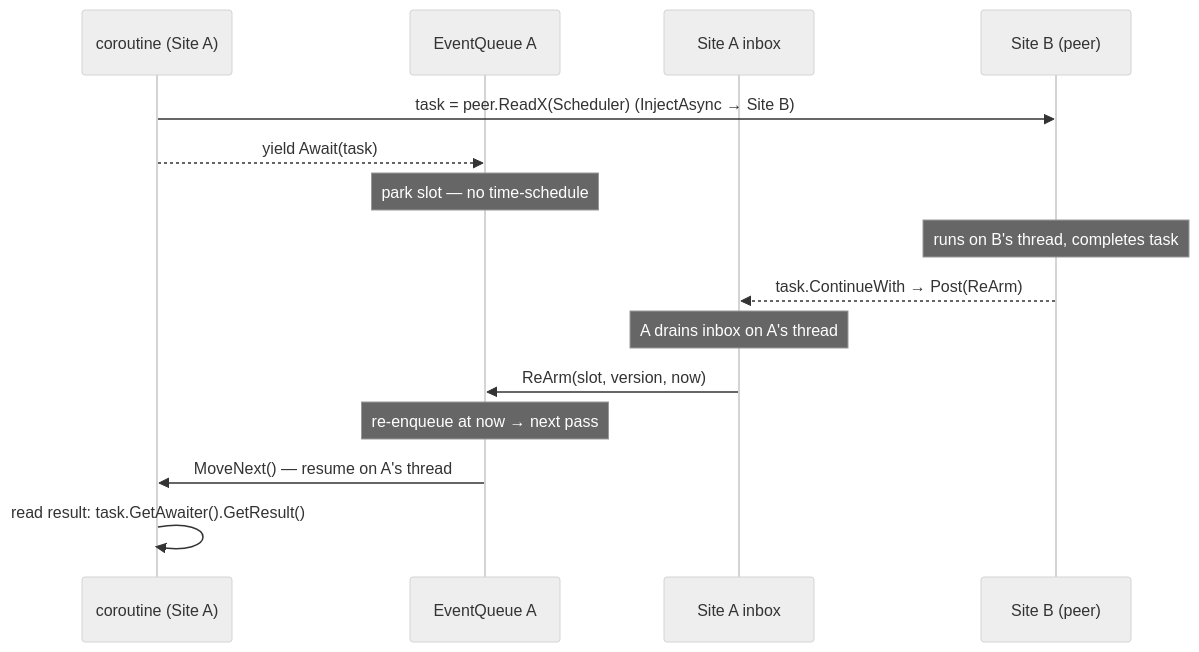
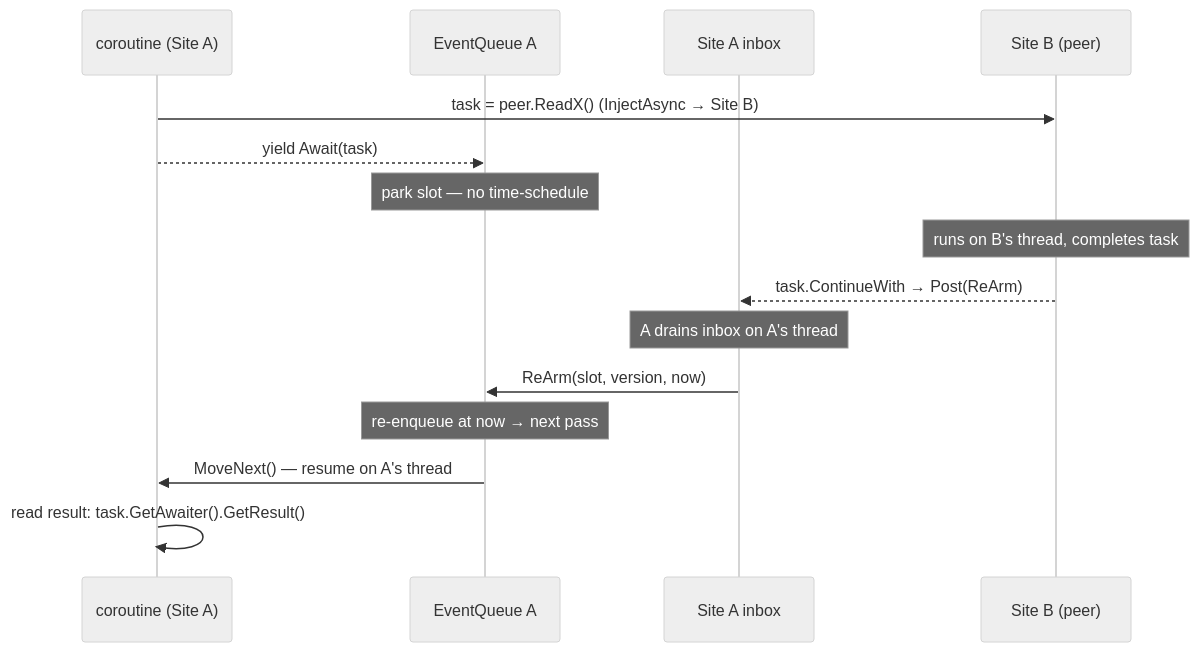
Before and after one commit to SimulaSharp-org/simulasharp-docs: the second of 2 diagrams in public/content/coroutines.md, drawn with Mermaid (neutral theme). The commit also changed other lines of this file and 13 other files, not shown here.

````diff
--- a/public/content/coroutines.md
+++ b/public/content/coroutines.md
@@ -141,17 +141,17 @@
 ```mermaid
 sequenceDiagram
   participant CO as coroutine (Site A)
   participant EQ as EventQueue A
   participant IB as Site A inbox
   participant B as Site B (peer)
-  CO->>B: task = peer.ReadX(Scheduler)  (InjectAsync → Site B)
+  CO->>B: task = peer.ReadX()  (InjectAsync → Site B)
   CO-->>EQ: yield Await(task)
   Note over EQ: park slot — no time-schedule
   Note over B: runs on B's thread, completes task
   B-->>IB: task.ContinueWith → Post(ReArm)
   Note over IB: A drains inbox on A's thread
   IB->>EQ: ReArm(slot, version, now)
   Note over EQ: re-enqueue at now → next pass
   EQ->>CO: MoveNext() — resume on A's thread
   CO->>CO: read result: task.GetAwaiter().GetResult()
 ```
````
